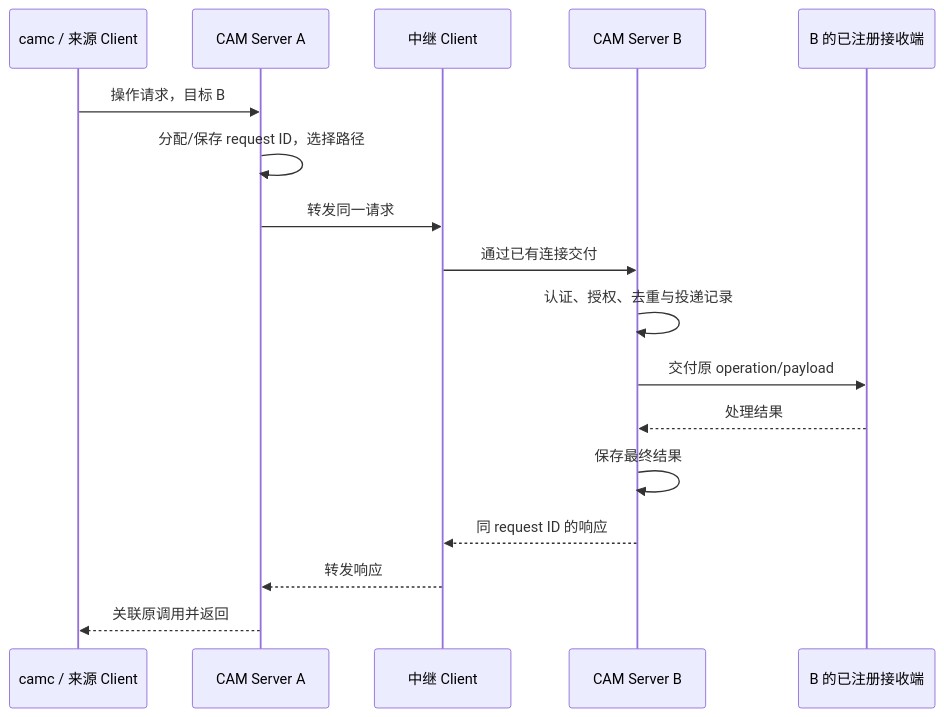
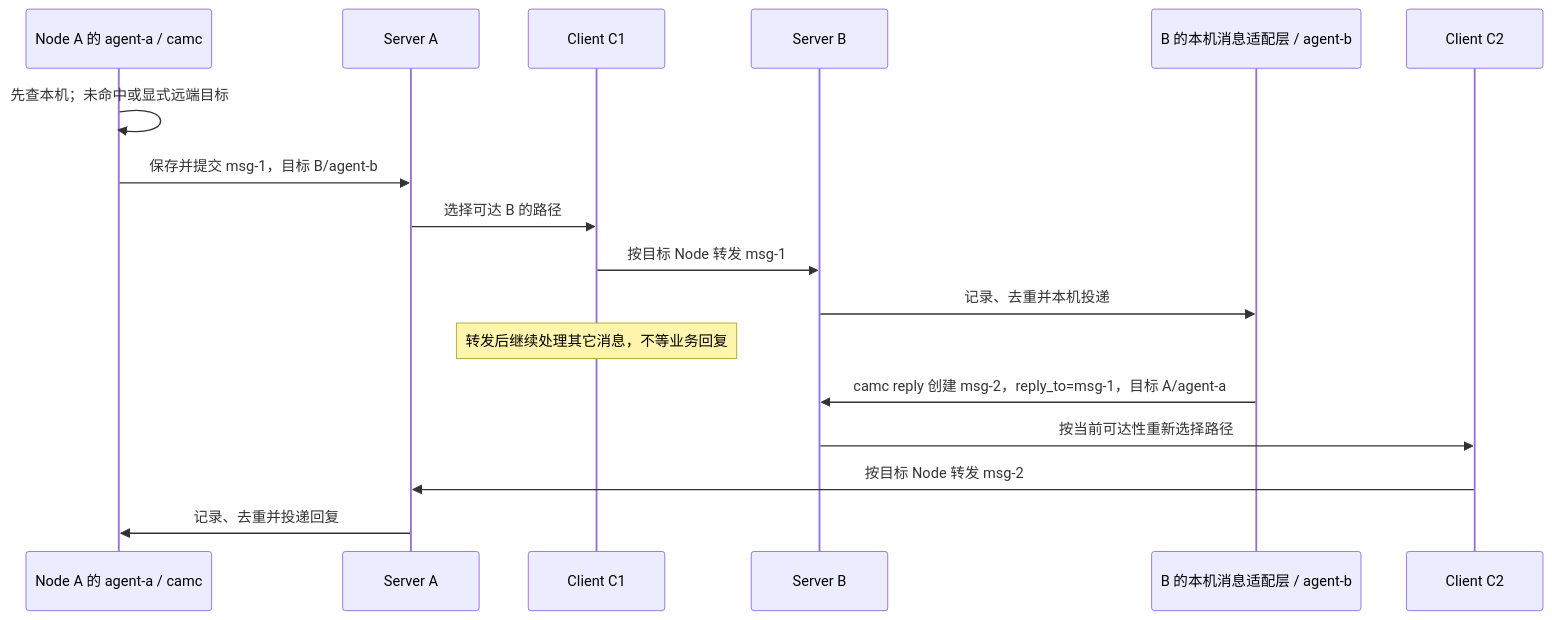
Before and after one commit to orlunix/cam: the second of 2 diagrams in docs/cam-client-server-spec.md, drawn with Mermaid. The commit also changed other lines of this file and 1 other file, not shown here.

Commit message:
docs: unify routed messages and specify remote camc operations

````diff
--- a/docs/cam-client-server-spec.md
+++ b/docs/cam-client-server-spec.md
@@ -202,19 +233,19 @@
 ```mermaid
 sequenceDiagram
-    participant CLI as camc / 来源 Client
-    participant A as CAM Server A
-    participant C as 中继 Client
-    participant B as CAM Server B
-    participant R as B 的已注册接收端
-    CLI->>A: 操作请求，目标 B
-    A->>A: 分配/保存 request ID，选择路径
-    A->>C: 转发同一请求
-    C->>B: 通过已有连接交付
-    B->>B: 认证、授权、去重与投递记录
-    B->>R: 交付原 operation/payload
-    R-->>B: 处理结果
-    B->>B: 保存最终结果
-    B-->>C: 同 request ID 的响应
-    C-->>A: 转发响应
-    A-->>CLI: 关联原调用并返回
+    participant X as Node A 的 agent-a / camc
+    participant A as Server A
+    participant C1 as Client C1
+    participant B as Server B
+    participant Y as B 的本机消息适配层 / agent-b
+    participant C2 as Client C2
+    X->>X: 先查本机；未命中或显式远端目标
+    X->>A: 保存并提交 msg-1，目标 B/agent-b
+    A->>C1: 选择可达 B 的路径
+    C1->>B: 按目标 Node 转发 msg-1
+    B->>Y: 记录、去重并本机投递
+    Note over C1: 转发后继续处理其它消息，不等业务回复
+    Y->>B: camc reply 创建 msg-2，reply_to=msg-1，目标 A/agent-a
+    B->>C2: 按当前可达性重新选择路径
+    C2->>A: 按目标 Node 转发 msg-2
+    A->>X: 记录、去重并投递回复
 ```
````
